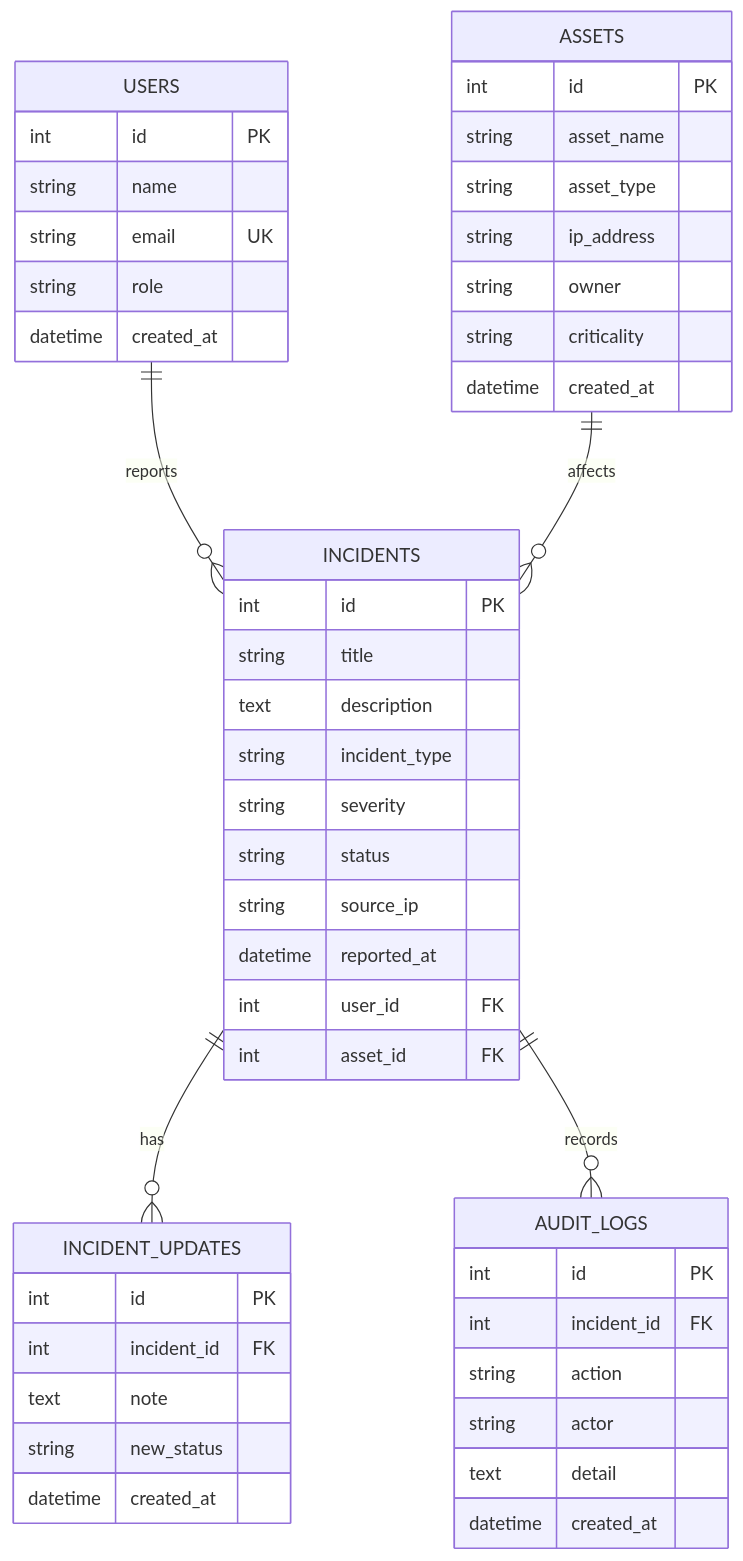
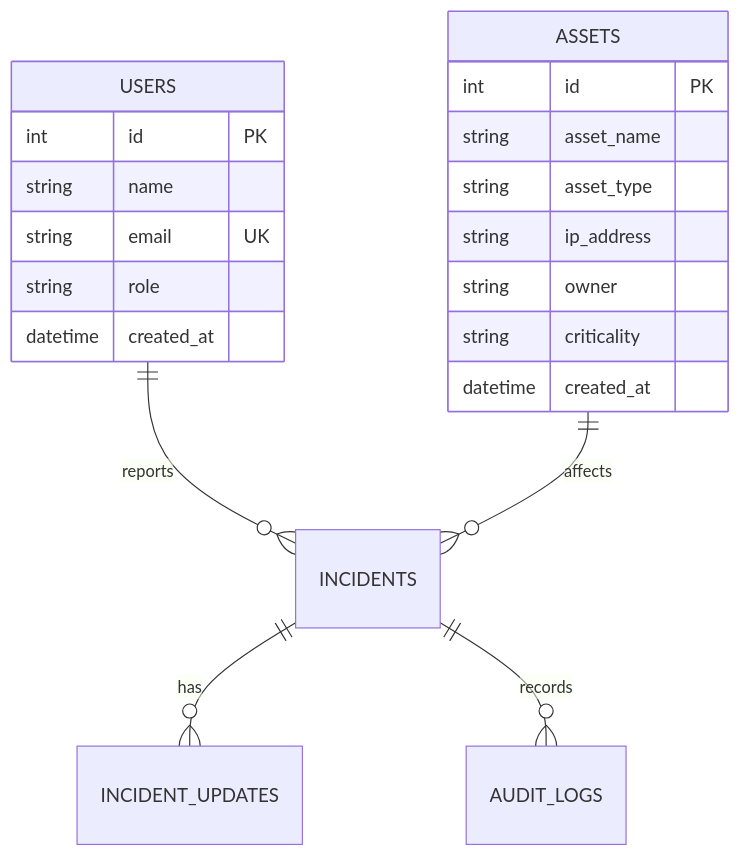
Before and after one commit to KiranariK/UTS-Pemrograman-Web-Lanjut-4: the diagram in docs/erd.mmd, drawn with Mermaid. The commit also changed 1 other file, not shown here.

```diff
--- a/docs/erd.mmd
+++ b/docs/erd.mmd
@@ -1,10 +1,8 @@
 erDiagram
  USERS ||--o{ INCIDENTS : reports
  ASSETS ||--o{ INCIDENTS : affects
  INCIDENTS ||--o{ INCIDENT_UPDATES : has
  INCIDENTS ||--o{ AUDIT_LOGS : records
  USERS { int id PK string name string email UK string role datetime created_at }
  ASSETS { int id PK string asset_name string asset_type string ip_address string owner string criticality datetime created_at }
- INCIDENTS { int id PK string title text description string incident_type string severity string status string source_ip datetime reported_at int user_id FK int asset_id FK }
- INCIDENT_UPDATES { int id PK int incident_id FK text note string new_status datetime created_at }
- AUDIT_LOGS { int id PK int incident_id FK string action string actor text detail datetime created_at }
+ INCIDENTS
```
